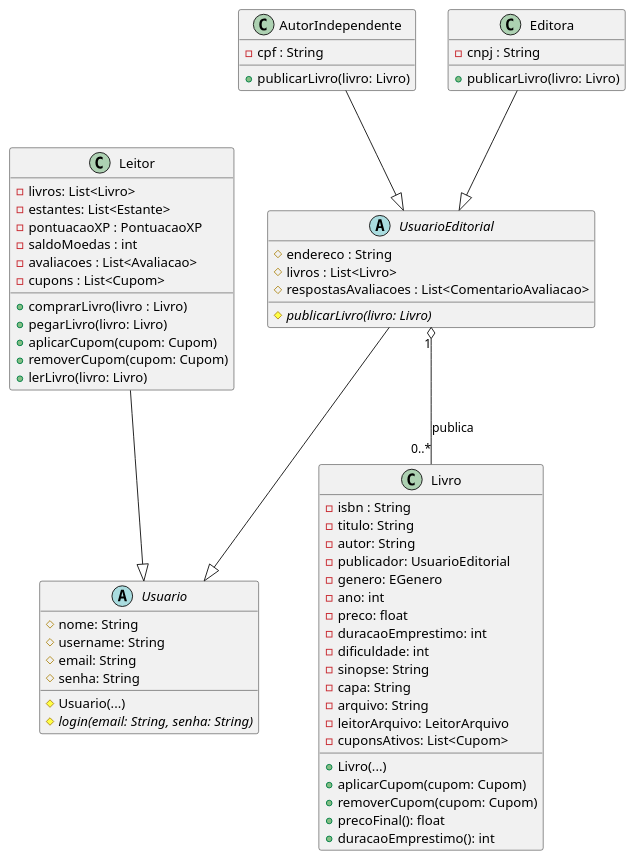
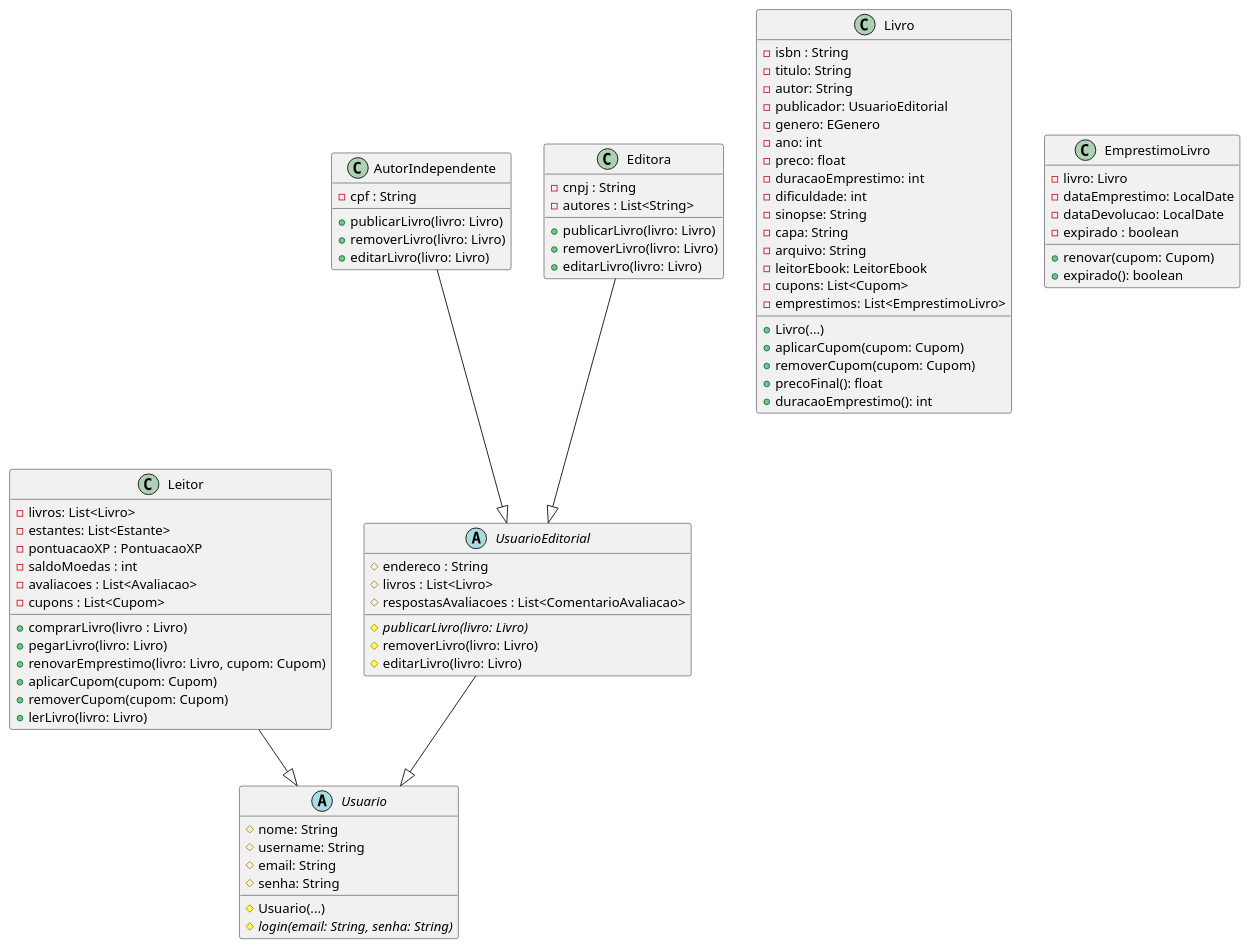
The diagram in docs/codigo-plantuml/diagrama-classe.puml (jalv21/iLib), drawn with PlantUML before and after one commit.

Commit message:
docs/criando classe Livro e EmprestimoLivro

```diff
--- a/docs/codigo-plantuml/diagrama-classe.puml
+++ b/docs/codigo-plantuml/diagrama-classe.puml
@@ -1,74 +1,91 @@
 @startuml diagrama-de-classes
 
 ' Usuários e suas funções e permissões no sistema
 
 abstract class Usuario {
     # nome: String
     # username: String
     # email: String
     # senha: String
     # Usuario(...)
     # login(email: String, senha: String) {abstract}
 }
 
 class Leitor {
     - livros: List<Livro>
     - estantes: List<Estante>
     - pontuacaoXP : PontuacaoXP
     - saldoMoedas : int
     - avaliacoes : List<Avaliacao>
     - cupons : List<Cupom>
     + comprarLivro(livro : Livro)
     + pegarLivro(livro: Livro)
+    + renovarEmprestimo(livro: Livro, cupom: Cupom)
     + aplicarCupom(cupom: Cupom)
     + removerCupom(cupom: Cupom)
     + lerLivro(livro: Livro)
 }
 Leitor --|> Usuario
 
 abstract class UsuarioEditorial {
     # endereco : String
     # livros : List<Livro>
     # respostasAvaliacoes : List<ComentarioAvaliacao>
     # publicarLivro(livro: Livro) {abstract}
+    # removerLivro(livro: Livro)
+    # editarLivro(livro: Livro)
 }
 UsuarioEditorial --|> Usuario
 
 class AutorIndependente {
     - cpf : String
     + publicarLivro(livro: Livro)
+    + removerLivro(livro: Livro)
+    + editarLivro(livro: Livro)
 }
 AutorIndependente --|> UsuarioEditorial
 
 class Editora {
     - cnpj : String
-    + publicarLivro(livro: Livro) 
+    - autores : List<String>
+    + publicarLivro(livro: Livro)
+    + removerLivro(livro: Livro)
+    + editarLivro(livro: Livro)
 }
 Editora --|> UsuarioEditorial
 
 ' Livros, compras e empréstimos
 
 class Livro {
     - isbn : String
     - titulo: String
     - autor: String
     - publicador: UsuarioEditorial
     - genero: EGenero
     - ano: int
     - preco: float
     - duracaoEmprestimo: int
     - dificuldade: int
     - sinopse: String
     - capa: String
     - arquivo: String
-    - leitorArquivo: LeitorArquivo
-    - cuponsAtivos: List<Cupom>
+    - leitorEbook: LeitorEbook
+    - cupons: List<Cupom>
+    - emprestimos: List<EmprestimoLivro>
     + Livro(...)
     + aplicarCupom(cupom: Cupom)
     + removerCupom(cupom: Cupom)
     + precoFinal(): float
     + duracaoEmprestimo(): int
 }
-UsuarioEditorial "1" o-- "0..*" Livro : publica
+
+class EmprestimoLivro {
+    - livro: Livro
+    - dataEmprestimo: LocalDate
+    - dataDevolucao: LocalDate
+    - expirado : boolean
+    + renovar(cupom: Cupom)
+    + expirado(): boolean
+}
 
 @enduml
```
